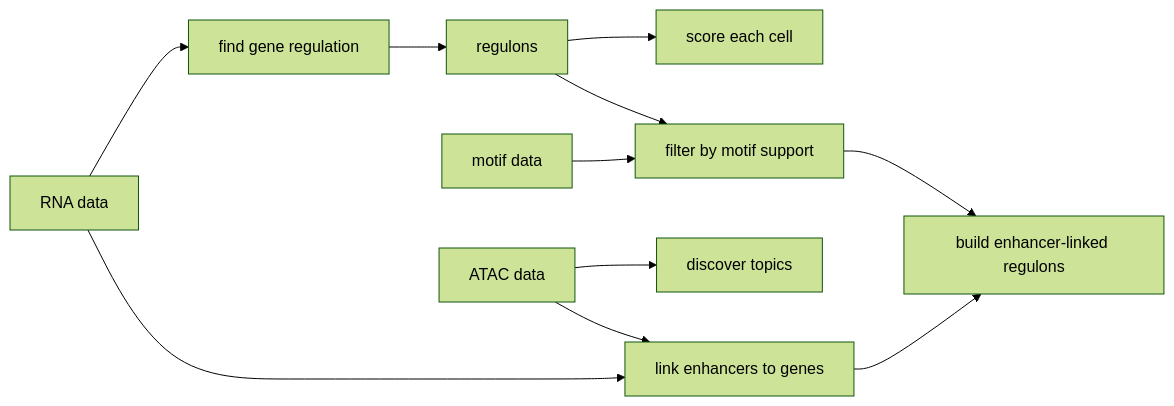
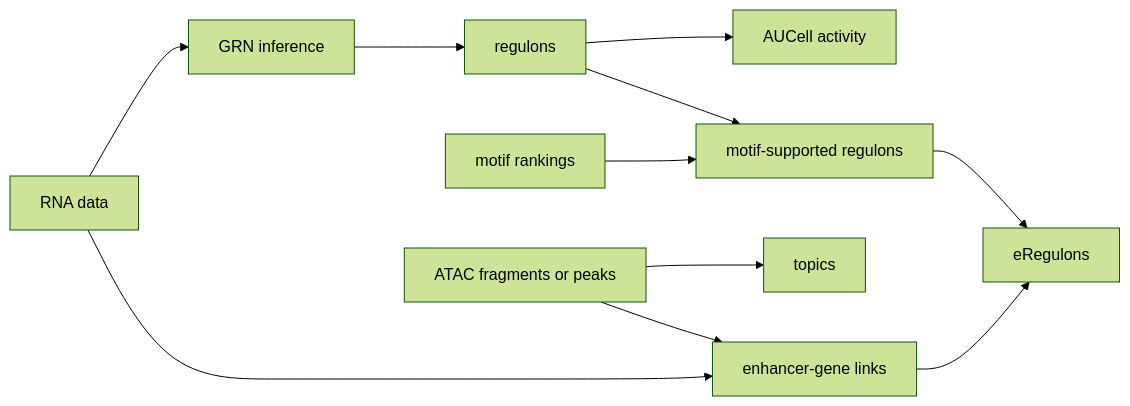
One commit to Ekin-Kahraman/rustscenic changed the diagram in README.md. Above: the diagram before and after it, drawn with Mermaid (forest theme). The commit also changed other lines of this file and 3 other files, not shown here.

````diff
--- a/README.md
+++ b/README.md
@@ -19,16 +59,16 @@
 ```mermaid
 flowchart LR
-    rna["RNA data"] --> network["find gene regulation"]
+    rna["RNA data"] --> network["GRN inference"]
     network --> regulons["regulons"]
-    regulons --> activity["score each cell"]
+    regulons --> activity["AUCell activity"]
 
-    motifs["motif data"] --> supported["filter by motif support"]
+    motifs["motif rankings"] --> supported["motif-supported regulons"]
     regulons --> supported
 
-    atac["ATAC data"] --> topics["discover topics"]
-    rna --> enhancers["link enhancers to genes"]
+    atac["ATAC fragments or peaks"] --> topics["topics"]
+    rna --> enhancers["enhancer-gene links"]
     atac --> enhancers
 
-    supported --> programs["build enhancer-linked regulons"]
+    supported --> programs["eRegulons"]
     enhancers --> programs
 ```
````
